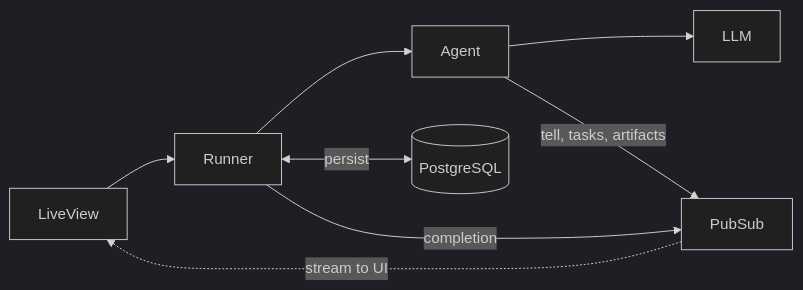
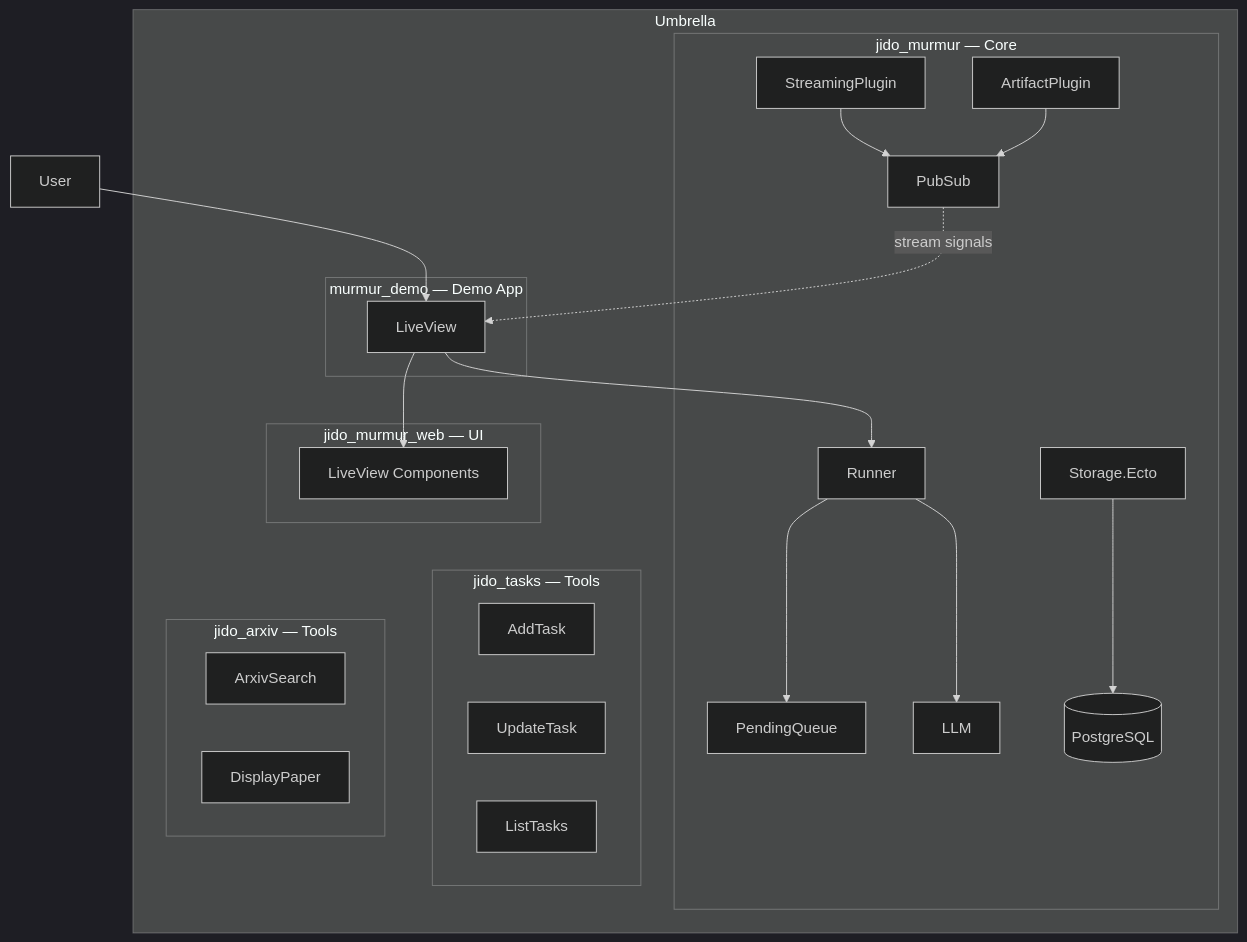
The first of 2 diagrams in README.md (VMinB12/murmur), drawn with Mermaid (dark theme) before and after one commit. The commit also changed other lines of this file and 10 other files, not shown here.

````diff
--- a/README.md
+++ b/README.md
@@ -37,8 +60,27 @@
 ```mermaid
-flowchart LR
-    UI[LiveView] --> Runner --> Agent --> LLM
-    Agent -->|tell, tasks, artifacts| PubSub
-    Runner -->|completion| PubSub
-    PubSub -.->|stream to UI| UI
-    Runner <-->|persist| DB[(PostgreSQL)]
+flowchart TD
+    subgraph Umbrella
+        subgraph jido_murmur[jido_murmur — Core]
+            Runner --> PendingQueue
+            Runner --> LLM
+            StreamingPlugin --> PubSub
+            ArtifactPlugin --> PubSub
+            StorageEcto[Storage.Ecto] --> DB[(PostgreSQL)]
+        end
+        subgraph jido_murmur_web[jido_murmur_web — UI]
+            Components[LiveView Components]
+        end
+        subgraph jido_tasks[jido_tasks — Tools]
+            AddTask & UpdateTask & ListTasks
+        end
+        subgraph jido_arxiv[jido_arxiv — Tools]
+            ArxivSearch & DisplayPaper
+        end
+        subgraph murmur_demo[murmur_demo — Demo App]
+            LiveView --> Components
+            LiveView --> Runner
+        end
+    end
+    User --> LiveView
+    PubSub -.->|stream signals| LiveView
 ```
````
